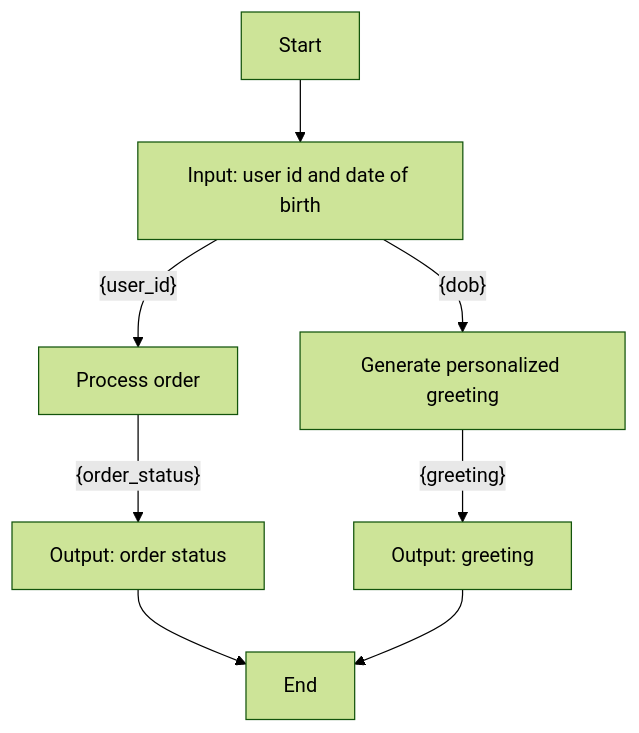
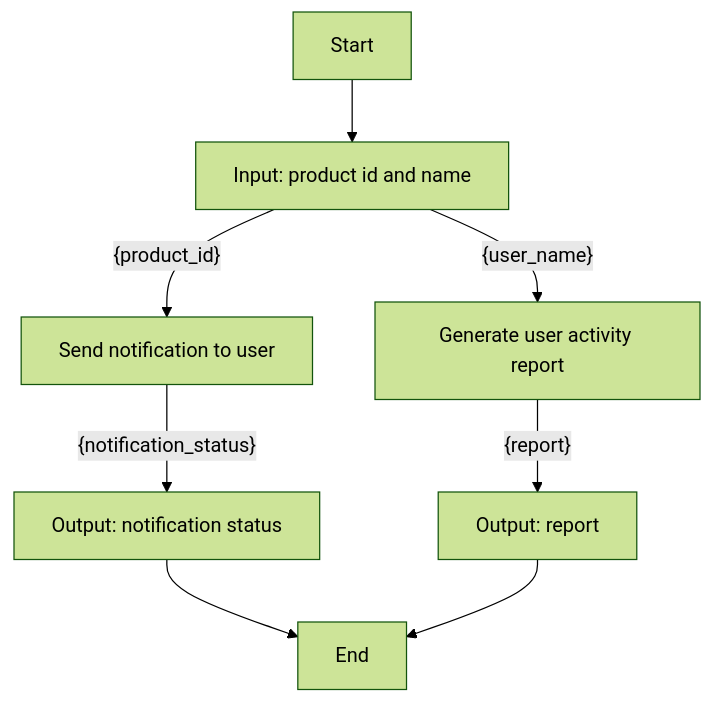
Before and after one commit to YJ-928/Temporal-Python-SDK: the diagram in poc-dsl-compiler/input/workflows/workflow_2.md, drawn with Mermaid (forest theme). The commit also changed 52 other files, not shown here.

````diff
--- a/poc-dsl-compiler/input/workflows/workflow_2.md
+++ b/poc-dsl-compiler/input/workflows/workflow_2.md
@@ -1,10 +1,10 @@
 ```mermaid
 graph TD
-    A[Start] --> B[Input: user id and date of birth]
-    B[Input: user id and date of birth] -- {user_id} --> C[Process order]
-    B[Input: user id and date of birth] -- {dob} --> D[Generate personalized greeting]
-    C[Process order] -- {order_status} --> E[Output: order status]
-    D[Generate personalized greeting] -- {greeting} --> F[Output: greeting]
-    E[Output: order status] --> G[End]
-    F[Output: greeting] --> G[End]
+    A[Start] --> B[Input: product id and name]
+    B[Input: product id and name] -- {product_id} --> C[Send notification to user]
+    B[Input: product id and name] -- {user_name} --> D[Generate user activity report]
+    C[Send notification to user] -- {notification_status} --> E[Output: notification status]
+    D[Generate user activity report] -- {report} --> F[Output: report]
+    E[Output: notification status] --> G[End]
+    F[Output: report] --> G[End]
 ```
````
